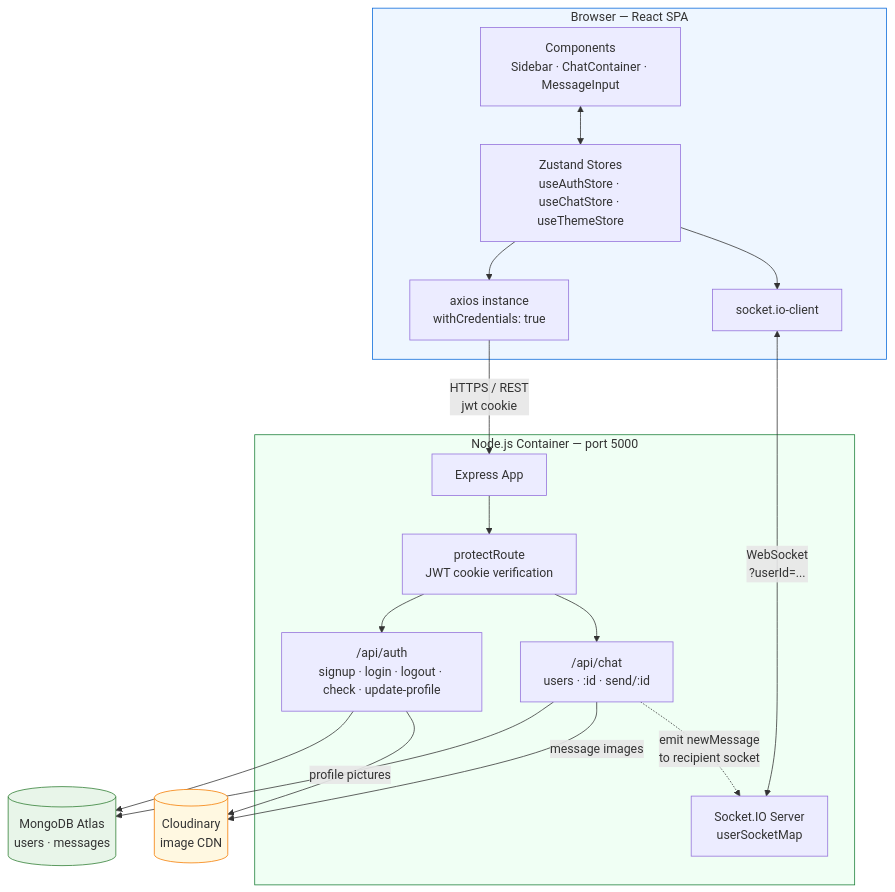
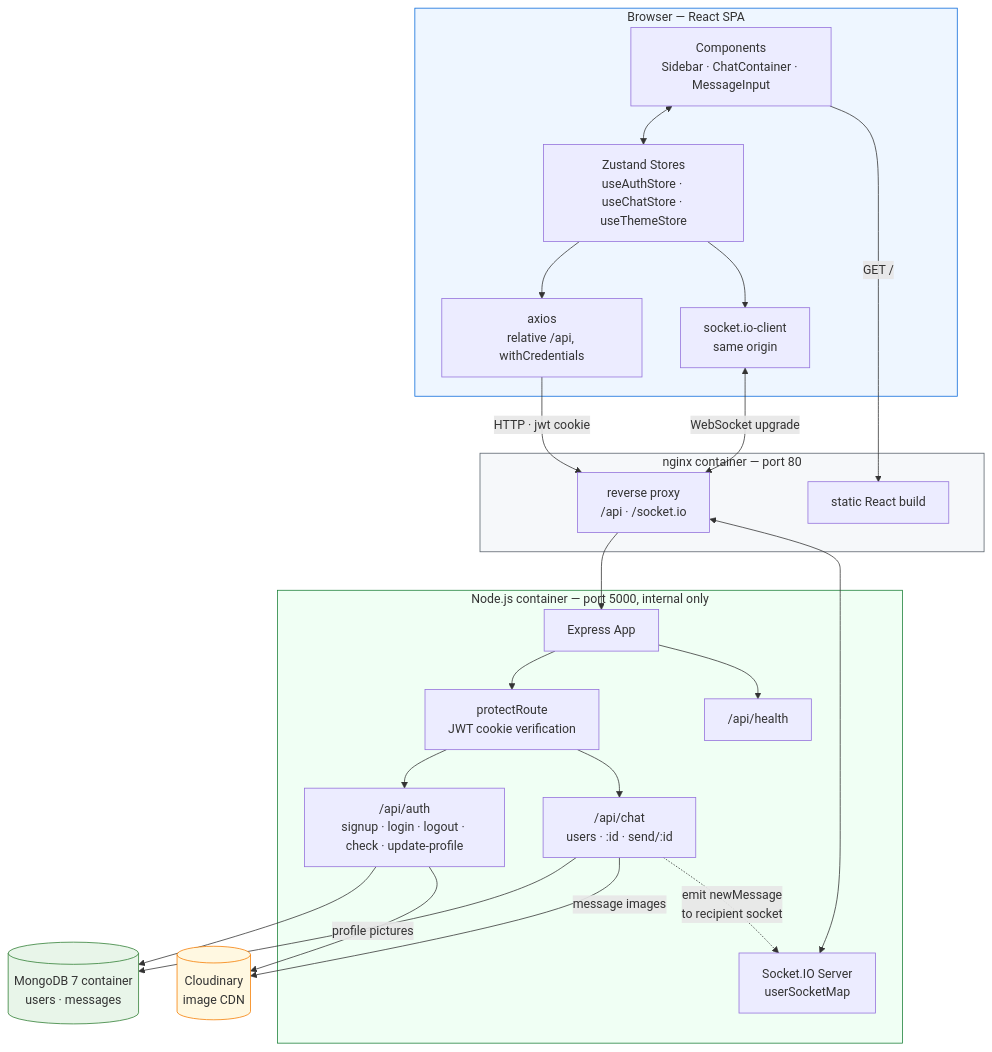
One commit to KesharaGunathilaka/DevOps_RealTimeChat changed the second of 5 diagrams in README.md. Above: the diagram before and after it, drawn with Mermaid. The commit also changed other lines of this file, not shown here.

````diff
--- a/README.md
+++ b/README.md
@@ -120,38 +122,49 @@
 ```mermaid
 flowchart TB
     subgraph CLIENT ["Browser — React SPA"]
         UI["Components<br/>Sidebar · ChatContainer · MessageInput"]
         STORE["Zustand Stores<br/>useAuthStore · useChatStore · useThemeStore"]
-        AX["axios instance<br/>withCredentials: true"]
-        SIO["socket.io-client"]
+        AX["axios<br/>relative /api, withCredentials"]
+        SIO["socket.io-client<br/>same origin"]
         UI <--> STORE
         STORE --> AX
         STORE --> SIO
     end
 
-    subgraph SERVER ["Node.js Container — port 5000"]
+    subgraph NGINX ["nginx container — port 80"]
+        STATIC["static React build"]
+        PROXY["reverse proxy<br/>/api · /socket.io"]
+    end
+
+    subgraph SERVER ["Node.js container — port 5000, internal only"]
         EXP["Express App"]
         MW["protectRoute<br/>JWT cookie verification"]
         AUTHR["/api/auth<br/>signup · login · logout · check · update-profile"]
         CHATR["/api/chat<br/>users · :id · send/:id"]
+        HEALTH["/api/health"]
         IO["Socket.IO Server<br/>userSocketMap"]
         EXP --> MW --> AUTHR & CHATR
+        EXP --> HEALTH
     end
 
-    AX -->|"HTTPS / REST<br/>jwt cookie"| EXP
-    SIO <-->|"WebSocket<br/>?userId=..."| IO
+    UI -->|"GET /"| STATIC
+    AX -->|"HTTP · jwt cookie"| PROXY
+    SIO <-->|"WebSocket upgrade"| PROXY
+    PROXY --> EXP
+    PROXY <--> IO
 
-    MONGO[("MongoDB Atlas<br/>users · messages")]
+    MONGO[("MongoDB 7 container<br/>users · messages")]
     CLOUD[("Cloudinary<br/>image CDN")]
 
     AUTHR --> MONGO
     CHATR --> MONGO
     AUTHR -->|"profile pictures"| CLOUD
     CHATR -->|"message images"| CLOUD
     CHATR -.->|"emit newMessage<br/>to recipient socket"| IO
 
     style CLIENT fill:#eef6ff,stroke:#0969da
+    style NGINX fill:#f6f8fa,stroke:#57606a
     style SERVER fill:#f0fff4,stroke:#1a7f37
     style MONGO fill:#e8f5e9,stroke:#2e7d32
     style CLOUD fill:#fff8e1,stroke:#f57c00
 ```
````
